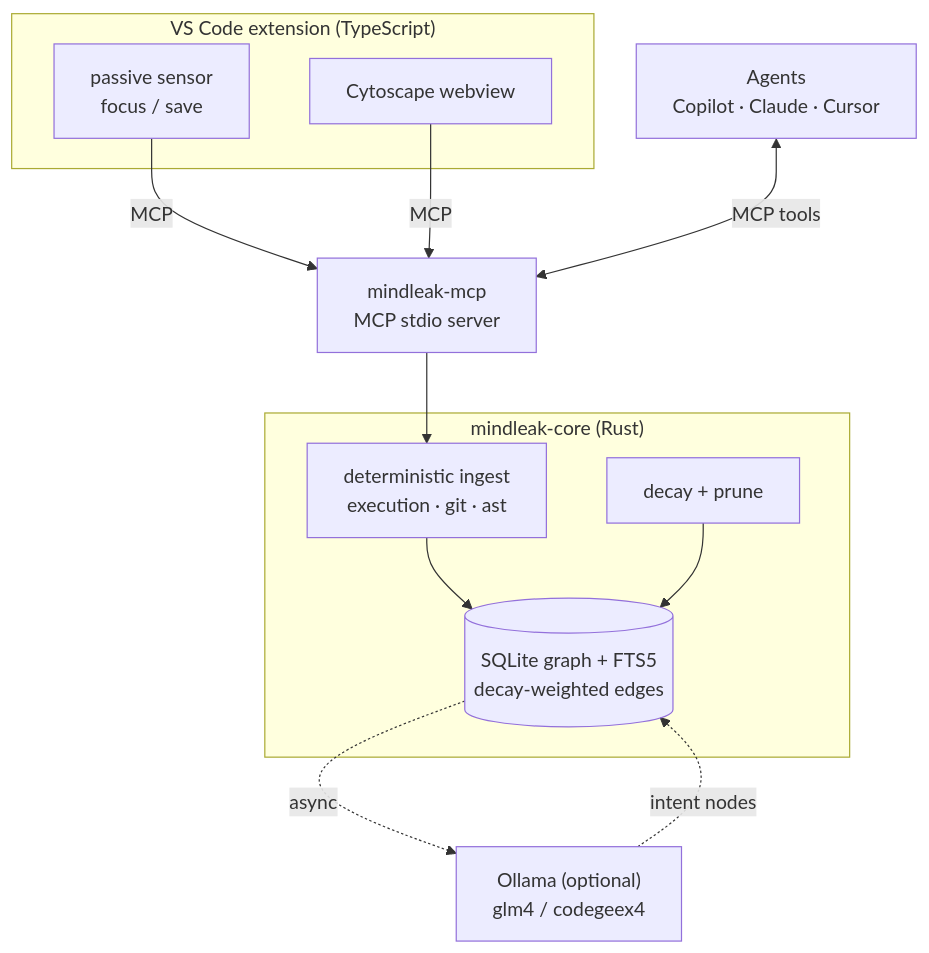
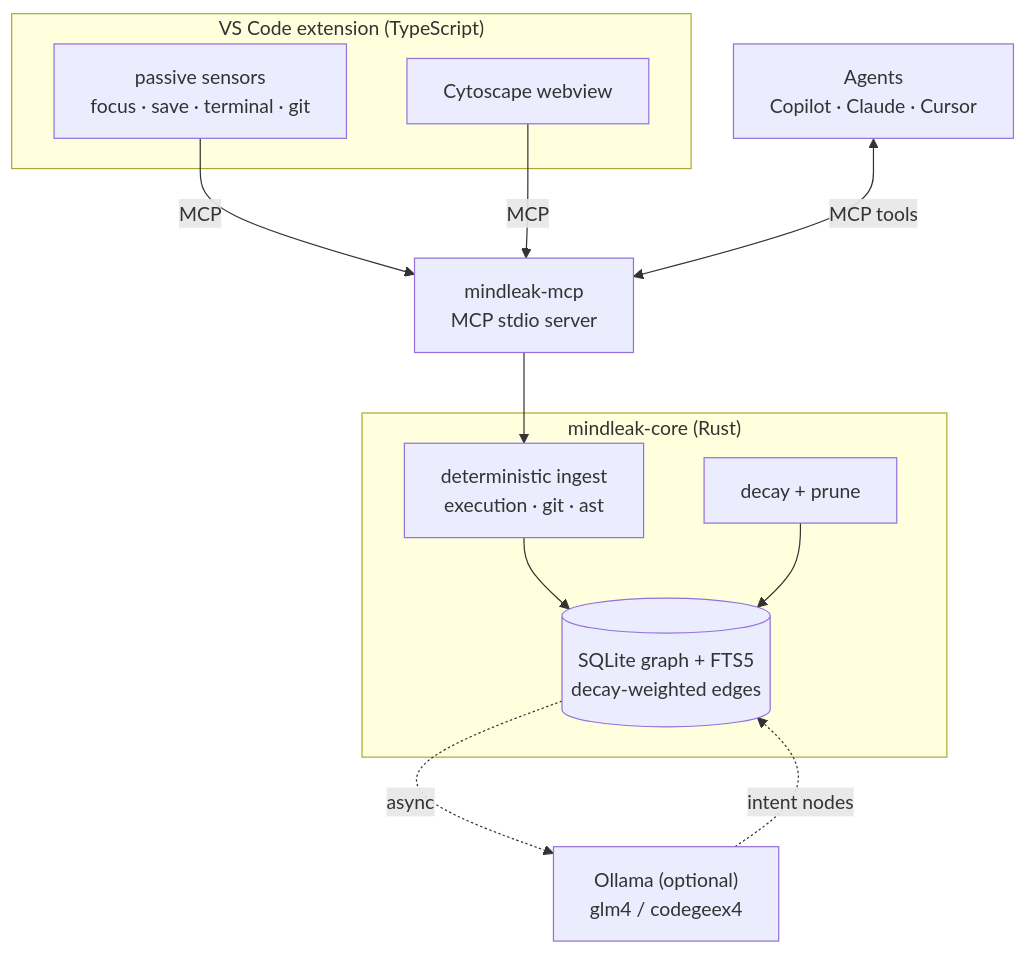
One commit to monk-eee/MindLeak changed the diagram in README.md. Above: the diagram before and after it, drawn with Mermaid. The commit also changed other lines of this file and 27 other files, not shown here.

First line of the commit message:
feat(vscode): capture terminal and Git evidence

````diff
--- a/README.md
+++ b/README.md
@@ -55,22 +55,22 @@
 ```mermaid
 flowchart TD
   subgraph editor["VS Code extension (TypeScript)"]
-    S["passive sensor<br/>focus / save"]
+    S["passive sensors<br/>focus · save · terminal · git"]
     V["Cytoscape webview"]
   end
   subgraph core["mindleak-core (Rust)"]
     I["deterministic ingest<br/>execution · git · ast"]
     G[("SQLite graph + FTS5<br/>decay-weighted edges")]
     D["decay + prune"]
   end
   M["mindleak-mcp<br/>MCP stdio server"]
   O["Ollama (optional)<br/>glm4 / codegeex4"]
   A["Agents<br/>Copilot · Claude · Cursor"]
 
   S -->|MCP| M
   V -->|MCP| M
   M --> I --> G
   D --> G
   G -.async.-> O -.intent nodes.-> G
   A <-->|MCP tools| M
 ```
````
